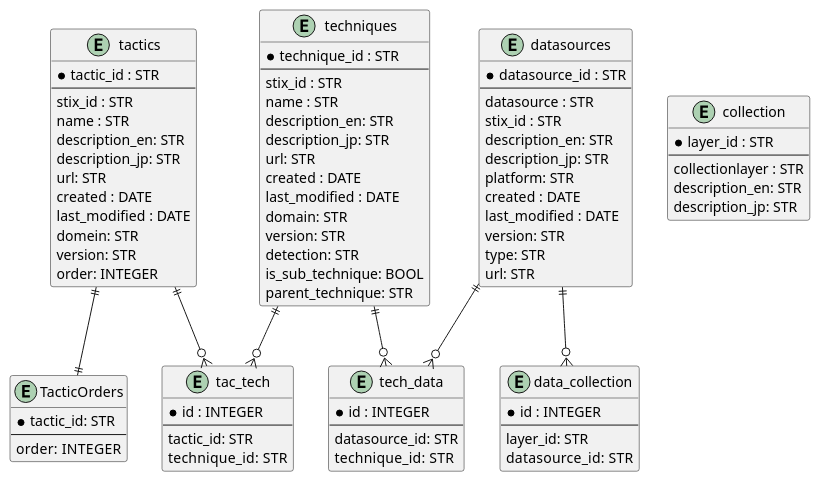
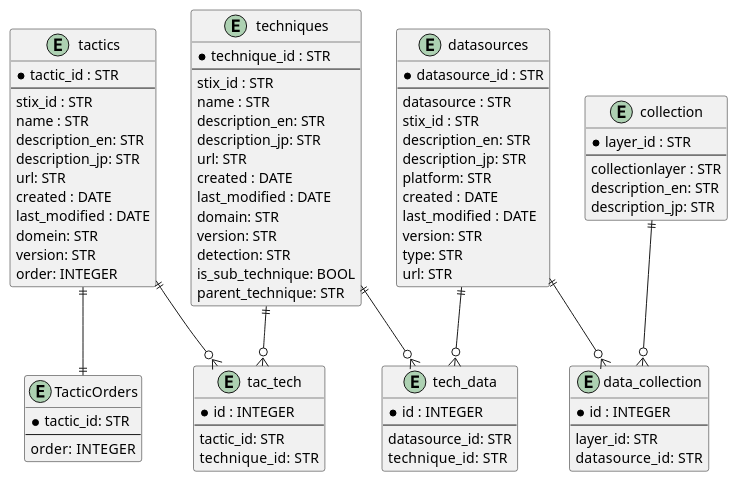
Before and after one commit to RyuichiHashimoto/attack-db: the diagram in uml/ER.puml, drawn with PlantUML.

```diff
--- a/uml/ER.puml
+++ b/uml/ER.puml
@@ -1,97 +1,98 @@
 @startuml
 
 entity tactics {
   * tactic_id : STR
   ---
   stix_id : STR
   name : STR
   description_en: STR
   description_jp: STR
   url: STR
   created : DATE
   last_modified : DATE
   domein: STR
   version: STR
   order: INTEGER
 }
 
 entity TacticOrders {
   * tactic_id: STR
   ---
   order:  INTEGER
 }
 
 
 entity tac_tech {
   * id : INTEGER
   ---
   tactic_id: STR
   technique_id:  STR
 }
 
 entity techniques {
   * technique_id : STR
   ---
   stix_id : STR
   name : STR
   description_en: STR
   description_jp: STR
   url: STR
   created : DATE
   last_modified : DATE
   domain: STR
   version: STR
   detection: STR
   is_sub_technique: BOOL
   parent_technique: STR
 }
 
 entity tech_data {
   * id : INTEGER
   ---
   datasource_id: STR
   technique_id:  STR
 }
 
 entity datasources {
   * datasource_id : STR
   ---
   datasource : STR
   stix_id : STR
   description_en: STR
   description_jp: STR
   platform: STR
   created : DATE
   last_modified : DATE
   version: STR
   type: STR
   url: STR
 }
 
 entity collection {
   * layer_id : STR
   ---
   collectionlayer : STR
   description_en: STR
   description_jp: STR
 }
 
 entity data_collection {
   * id : INTEGER
   ---
   layer_id: STR
   datasource_id:  STR
 }
 
 tactics ||--o{ tac_tech
 tactics ||--|| TacticOrders
 
 techniques ||--o{ tac_tech
 techniques ||--o{ tech_data
 datasources ||--o{ tech_data
 
 datasources ||--o{ data_collection
+collection ||--o{ data_collection
 
 ' techniques || 
 
 @enduml
```
